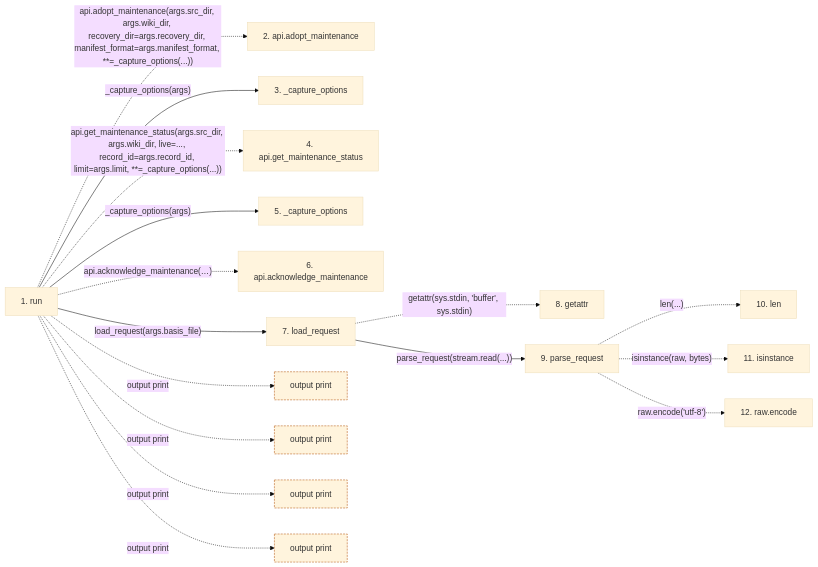
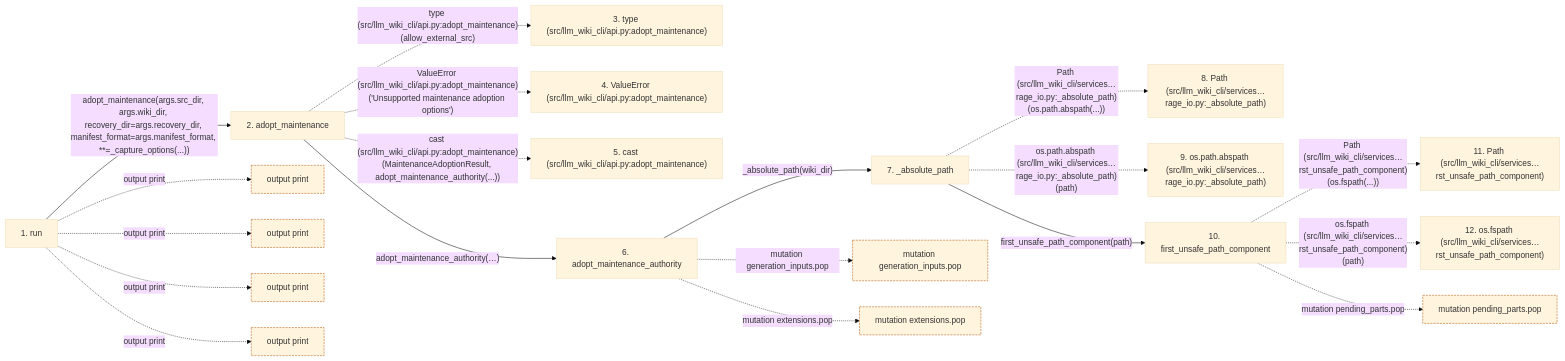
Before and after one commit to Denissvgn/python-wiki-llm: the second of 2 diagrams in docs/llm_wiki/flows/cli-maintenance.md, drawn with Mermaid (base theme). The commit also changed other lines of this file and 554 other files, not shown here.

````diff
--- a/docs/llm_wiki/flows/cli-maintenance.md
+++ b/docs/llm_wiki/flows/cli-maintenance.md
@@ -84,44 +152,53 @@
 ```mermaid
 flowchart LR
     s1["1. run"]
-    s2["2. api.adopt_maintenance"]
-    s3["3. _capture_options"]
-    s4["4. api.get_maintenance_status"]
-    s5["5. _capture_options"]
-    s6["6. api.acknowledge_maintenance"]
-    s7["7. load_request"]
-    s8["8. getattr"]
-    s9["9. parse_request"]
-    s10["10. len"]
-    s11["11. isinstance"]
-    s12["12. raw.encode"]
-    s1 -. "api.adopt_maintenance(args.src_dir, args.wiki_dir, recovery_dir=args.recovery_dir, manifest_format=args.manifest_format, **=_capture_options(...))" .-> s2
-    s1 -->|"_capture_options(args)"| s3
-    s1 -. "api.get_maintenance_status(args.src_dir, args.wiki_dir, live=..., record_id=args.record_id, limit=args.limit, **=_capture_options(...))" .-> s4
-    s1 -->|"_capture_options(args)"| s5
-    s1 -. "api.acknowledge_maintenance(…)" .-> s6
-    s1 -->|"load_request(args.basis_file)"| s7
-    s7 -. "getattr(sys.stdin, 'buffer', sys.stdin)" .-> s8
-    s7 -->|"parse_request(stream.read(...))"| s9
-    s9 -. "len(...)" .-> s10
-    s9 -. "isinstance(raw, bytes)" .-> s11
-    s9 -. "raw.encode('utf-8')" .-> s12
+    s2["2. adopt_maintenance"]
+    s3["3. type (src/llm_wiki_cli/api.py:adopt_maintenance)"]
+    s4["4. ValueError (src/llm_wiki_cli/api.py:adopt_maintenance)"]
+    s5["5. cast (src/llm_wiki_cli/api.py:adopt_maintenance)"]
+    s6["6. adopt_maintenance_authority"]
+    s7["7. _absolute_path"]
+    s8["8. Path (src/llm_wiki_cli/services…rage_io.py:_absolute_path)"]
+    s9["9. os.path.abspath (src/llm_wiki_cli/services…rage_io.py:_absolute_path)"]
+    s10["10. first_unsafe_path_component"]
+    s11["11. Path (src/llm_wiki_cli/services…rst_unsafe_path_component)"]
+    s12["12. os.fspath (src/llm_wiki_cli/services…rst_unsafe_path_component)"]
+    s1 -->|"adopt_maintenance(args.src_dir, args.wiki_dir, recovery_dir=args.recovery_dir, manifest_format=args.manifest_format, **=_capture_options(...))"| s2
+    s2 -. "type (src/llm_wiki_cli/api.py:adopt_maintenance)(allow_external_src)" .-> s3
+    s2 -. "ValueError (src/llm_wiki_cli/api.py:adopt_maintenance)('Unsupported maintenance adoption options')" .-> s4
+    s2 -. "cast (src/llm_wiki_cli/api.py:adopt_maintenance)(MaintenanceAdoptionResult, adopt_maintenance_authority(...))" .-> s5
+    s2 -->|"adopt_maintenance_authority(…)"| s6
+    s6 -->|"_absolute_path(wiki_dir)"| s7
+    s7 -. "Path (src/llm_wiki_cli/services…rage_io.py:_absolute_path)(os.path.abspath(...))" .-> s8
+    s7 -. "os.path.abspath (src/llm_wiki_cli/services…rage_io.py:_absolute_path)(path)" .-> s9
+    s7 -->|"first_unsafe_path_component(path)"| s10
+    s10 -. "Path (src/llm_wiki_cli/services…rst_unsafe_path_component)(os.fspath(...))" .-> s11
+    s10 -. "os.fspath (src/llm_wiki_cli/services…rst_unsafe_path_component)(path)" .-> s12
     b0["output print"]
     s1 -. "output print" .-> b0
     b1["output print"]
     s1 -. "output print" .-> b1
     b2["output print"]
     s1 -. "output print" .-> b2
     b3["output print"]
     s1 -. "output print" .-> b3
+    b4["mutation generation_inputs.pop"]
+    s6 -. "mutation generation_inputs.pop" .-> b4
+    b5["mutation extensions.pop"]
+    s6 -. "mutation extensions.pop" .-> b5
+    b6["mutation pending_parts.pop"]
+    s10 -. "mutation pending_parts.pop" .-> b6
     click s1 "../modules/maintenance_cmd.md"
-    click s3 "../modules/maintenance_cmd.md"
-    click s5 "../modules/maintenance_cmd.md"
-    click s7 "../modules/request_json.md"
-    click s9 "../modules/request_json.md"
+    click s2 "../modules/api.md"
+    click s6 "../modules/maintenance_service.md"
+    click s7 "../modules/knowledge_storage_io.md"
+    click s10 "../modules/io.md"
     classDef boundary stroke:#b45309,stroke-dasharray: 4 2
     class b0 boundary
     class b1 boundary
     class b2 boundary
     class b3 boundary
+    class b4 boundary
+    class b5 boundary
+    class b6 boundary
 ```
````
